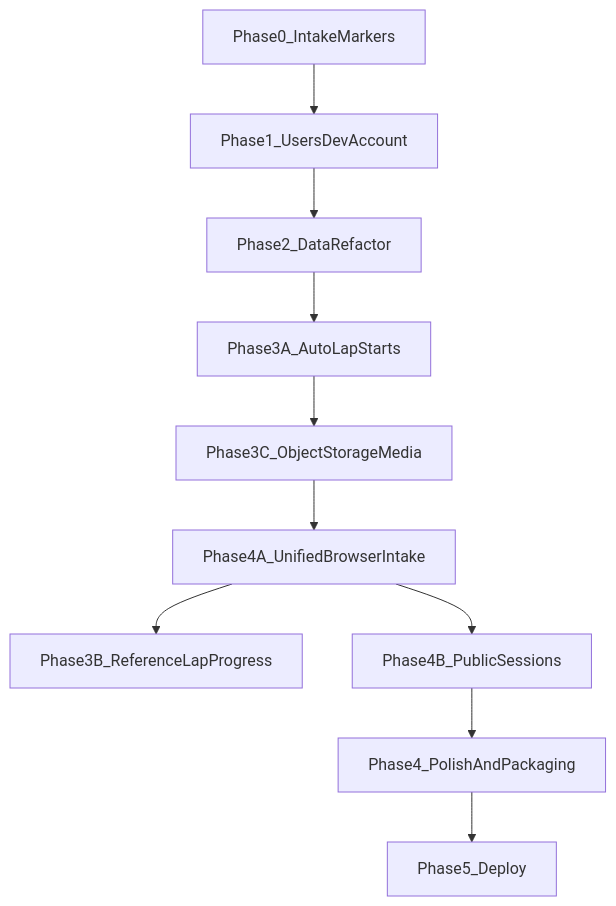
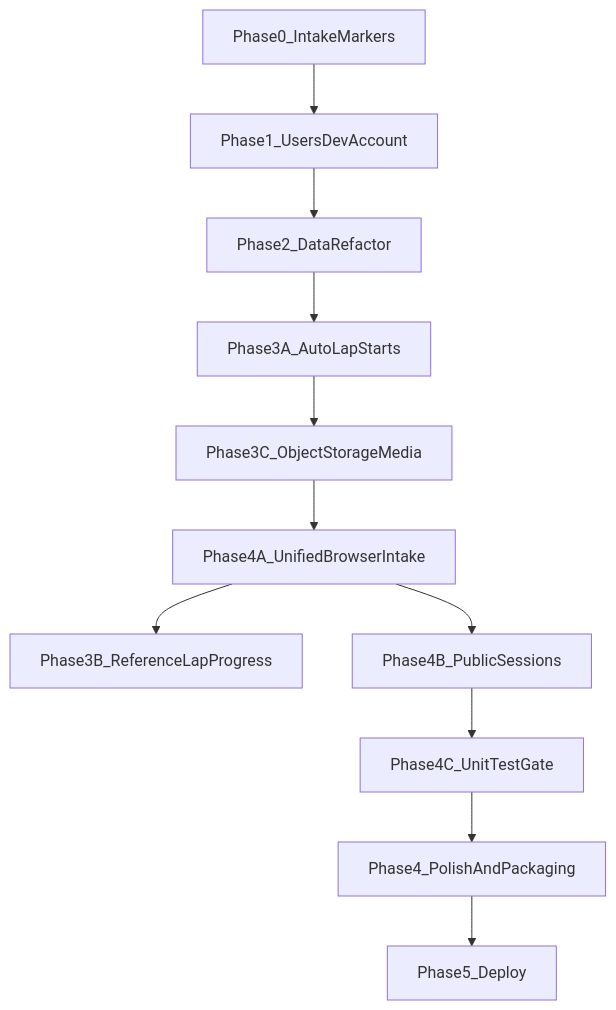
Before and after one commit to n-pawlawski/LapViewer: the diagram in docs/ROADMAP.md, drawn with Mermaid. The commit also changed other lines of this file and 44 other files, not shown here.

````diff
--- a/docs/ROADMAP.md
+++ b/docs/ROADMAP.md
@@ -46,23 +48,25 @@
 ```mermaid
 flowchart TD
   P0[Phase0_IntakeMarkers]
   P1[Phase1_UsersDevAccount]
   P2[Phase2_DataRefactor]
   P3A[Phase3A_AutoLapStarts]
   P3C[Phase3C_ObjectStorageMedia]
   P4A[Phase4A_UnifiedBrowserIntake]
   P3B[Phase3B_ReferenceLapProgress]
   P4B[Phase4B_PublicSessions]
+  P4C[Phase4C_UnitTestGate]
   P4[Phase4_PolishAndPackaging]
   P5[Phase5_Deploy]
 
   P0 --> P1
   P1 --> P2
   P2 --> P3A
   P3A --> P3C
   P3C --> P4A
   P4A --> P3B
   P4A --> P4B
-  P4B --> P4
+  P4B --> P4C
+  P4C --> P4
   P4 --> P5
 ```
````
